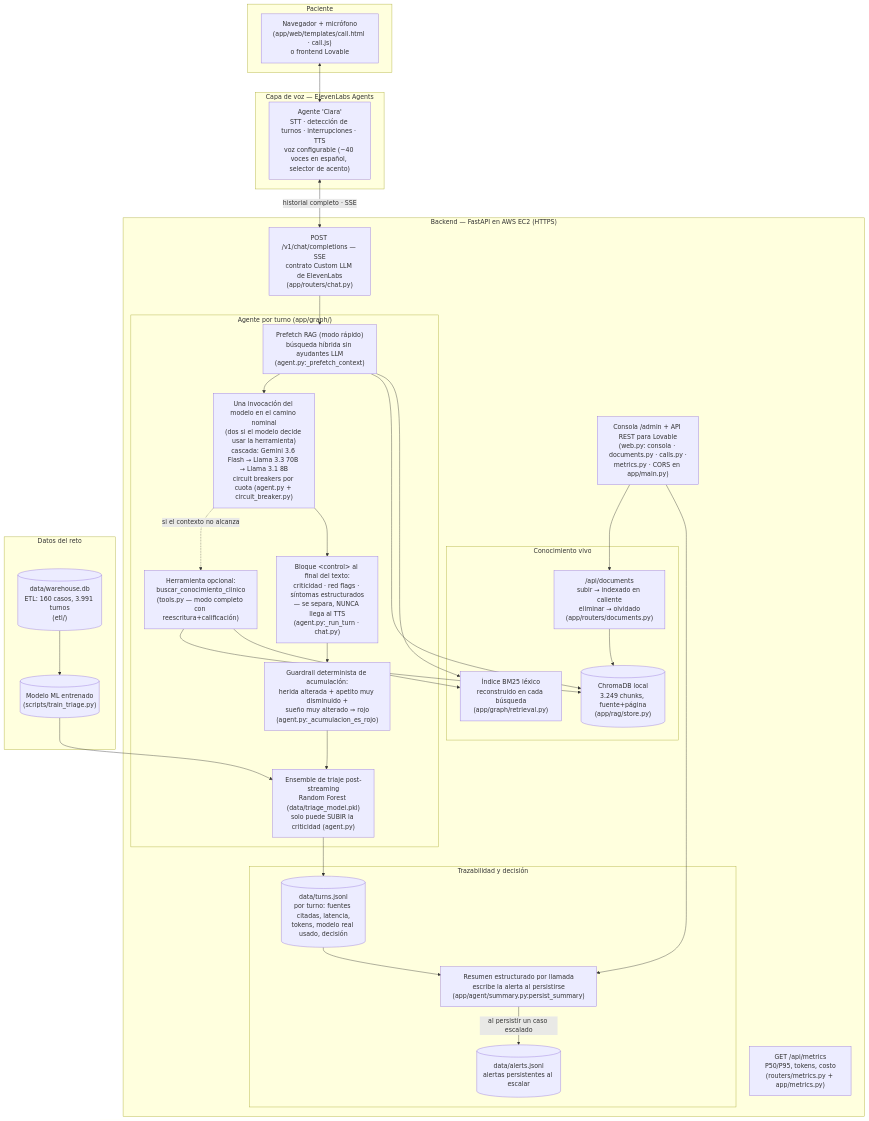
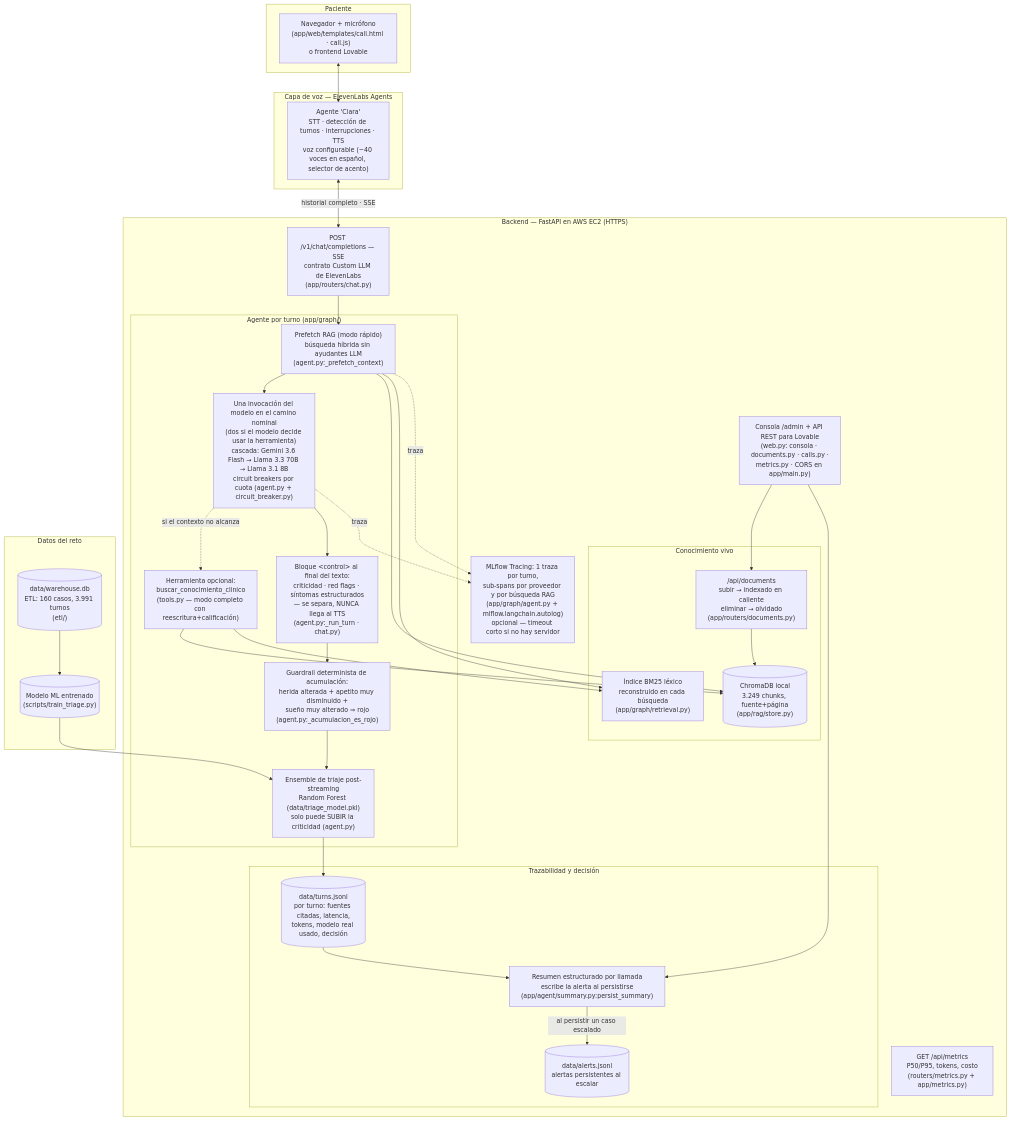
Before and after one commit to NatoRemolina/postop-voice-agent: the first of 3 diagrams in docs/entregables/diagrama.md, drawn with Mermaid. The commit also changed 9 other files, not shown here.

Commit message:
Agregar observabilidad con MLflow Tracing: una traza por turno con sub-spans por proveedor y por búsqueda RAG, cliente ligero para no chocar con pandas, guardián de timeout duro para no arriesgar el arranque ni la voz en tiempo real

````diff
--- a/docs/entregables/diagrama.md
+++ b/docs/entregables/diagrama.md
@@ -9,60 +9,63 @@
 ```mermaid
 flowchart TB
     subgraph paciente["Paciente"]
         MIC["Navegador + micrófono<br/>(app/web/templates/call.html · call.js)<br/>o frontend Lovable"]
     end
 
     subgraph voz["Capa de voz — ElevenLabs Agents"]
         EL["Agente 'Clara'<br/>STT · detección de turnos · interrupciones · TTS<br/>voz configurable (~40 voces en español, selector de acento)"]
     end
 
     subgraph backend["Backend — FastAPI en AWS EC2 (HTTPS)"]
         CHAT["POST /v1/chat/completions — SSE<br/>contrato Custom LLM de ElevenLabs<br/>(app/routers/chat.py)"]
 
         subgraph agente["Agente por turno (app/graph/)"]
             PRE["Prefetch RAG (modo rápido)<br/>búsqueda híbrida sin ayudantes LLM<br/>(agent.py:_prefetch_context)"]
             LLM["Una invocación del modelo en el camino nominal<br/>(dos si el modelo decide usar la herramienta)<br/>cascada: Gemini 3.6 Flash → Llama 3.3 70B → Llama 3.1 8B<br/>circuit breakers por cuota (agent.py + circuit_breaker.py)"]
             TOOL["Herramienta opcional:<br/>buscar_conocimiento_clinico<br/>(tools.py — modo completo con reescritura+calificación)"]
             CTRL["Bloque &lt;control&gt; al final del texto:<br/>criticidad · red flags · síntomas estructurados<br/>— se separa, NUNCA llega al TTS<br/>(agent.py:_run_turn · chat.py)"]
             ML["Ensemble de triaje post-streaming<br/>Random Forest (data/triage_model.pkl)<br/>solo puede SUBIR la criticidad (agent.py)"]
             ACUM["Guardrail determinista de acumulación:<br/>herida alterada + apetito muy disminuido +<br/>sueño muy alterado ⇒ rojo<br/>(agent.py:_acumulacion_es_rojo)"]
         end
 
         subgraph conocimiento["Conocimiento vivo"]
             CHROMA[("ChromaDB local<br/>3.249 chunks, fuente+página<br/>(app/rag/store.py)")]
             BM25["Índice BM25 léxico<br/>reconstruido en cada búsqueda<br/>(app/graph/retrieval.py)"]
             DOCS["/api/documents<br/>subir → indexado en caliente<br/>eliminar → olvidado<br/>(app/routers/documents.py)"]
         end
 
         subgraph registro["Trazabilidad y decisión"]
             TURNS[("data/turns.jsonl<br/>por turno: fuentes citadas, latencia,<br/>tokens, modelo real usado, decisión")]
             ALERTS[("data/alerts.jsonl<br/>alertas persistentes al escalar")]
             SUMM["Resumen estructurado por llamada<br/>escribe la alerta al persistirse<br/>(app/agent/summary.py:persist_summary)"]
         end
 
         ADMIN["Consola /admin + API REST para Lovable<br/>(web.py: consola · documents.py · calls.py ·<br/>metrics.py · CORS en app/main.py)"]
         METRICS["GET /api/metrics<br/>P50/P95, tokens, costo<br/>(routers/metrics.py + app/metrics.py)"]
+        MLF["MLflow Tracing: 1 traza por turno,<br/>sub-spans por proveedor y por búsqueda RAG<br/>(app/graph/agent.py + mlflow.langchain.autolog)<br/>opcional — timeout corto si no hay servidor"]
     end
 
     subgraph datos["Datos del reto"]
         WH[("data/warehouse.db<br/>ETL: 160 casos, 3.991 turnos<br/>(etl/)")]
         PKL[("Modelo ML entrenado<br/>(scripts/train_triage.py)")]
     end
 
     MIC <--> EL
     EL <-->|"historial completo · SSE"| CHAT
     CHAT --> PRE --> LLM
     LLM -.->|"si el contexto no alcanza"| TOOL
     TOOL --> CHROMA
     TOOL --> BM25
     PRE --> CHROMA
     PRE --> BM25
     LLM --> CTRL --> ACUM --> ML
     ML --> TURNS
     TURNS --> SUMM
     SUMM -->|"al persistir un caso escalado"| ALERTS
     DOCS --> CHROMA
     ADMIN --> DOCS
     ADMIN --> SUMM
     WH --> PKL --> ML
+    PRE -.->|"traza"| MLF
+    LLM -.->|"traza"| MLF
 ```
````
